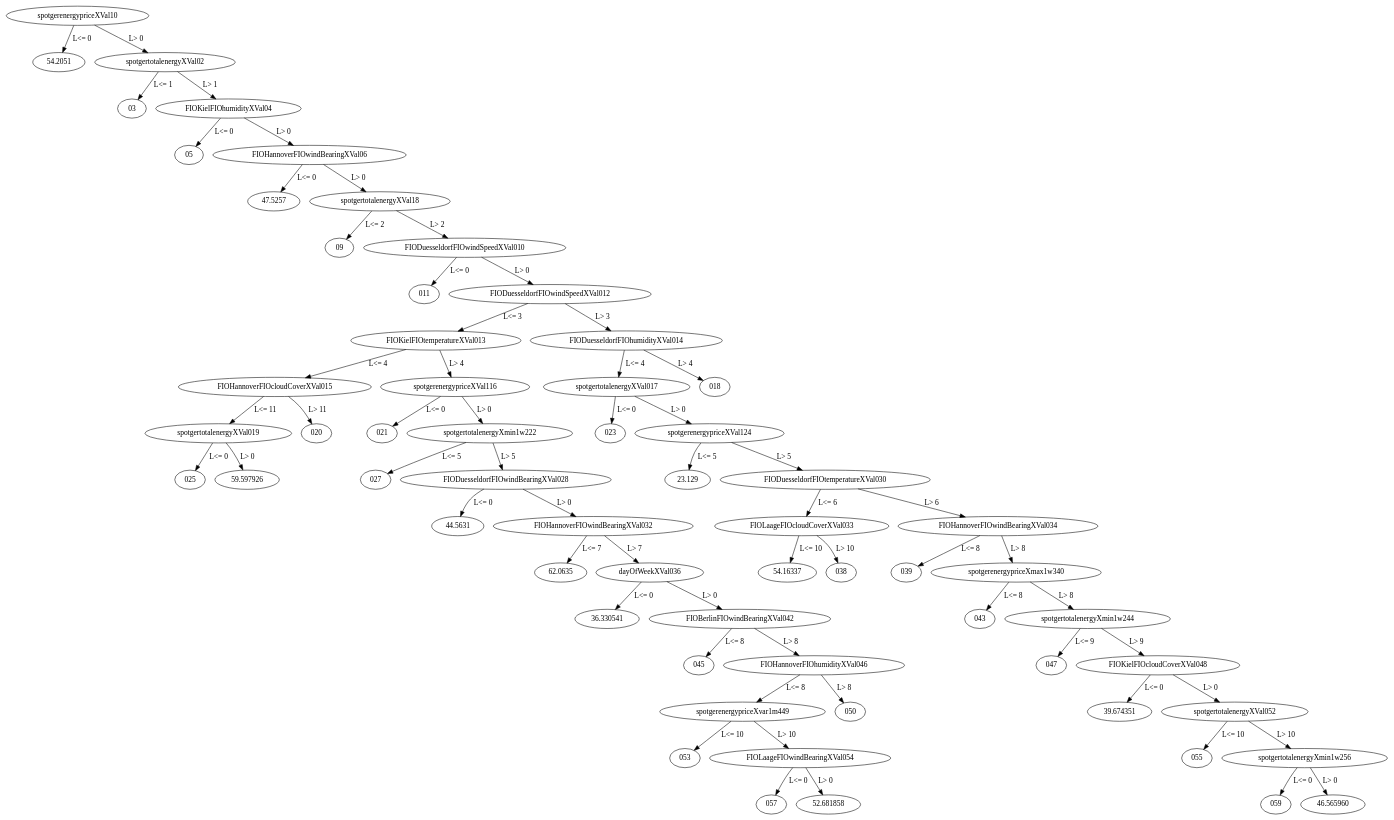
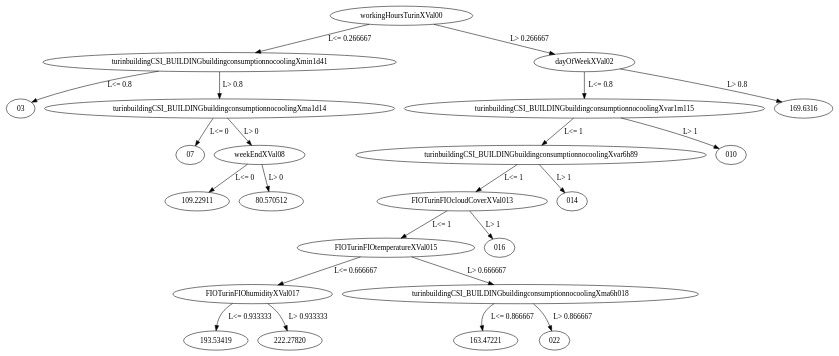
One commit to klemenkenda/nrg4mine changed the diagram in sandbox/ht-13.gv. Above: the diagram before and after it, drawn with Graphviz. The commit also changed 33 other files, not shown here.

```diff
--- a/sandbox/ht-13.gv
+++ b/sandbox/ht-13.gv
@@ -1,62 +1,24 @@
 digraph dt_fig {
-	spotgerenergypriceXVal10 -> "54.2051" [label="L<= 0"];
-	spotgerenergypriceXVal10 -> spotgertotalenergyXVal02 [label="L> 0"];
-	spotgertotalenergyXVal02 -> "03" [label="L<= 1"];
-	spotgertotalenergyXVal02 -> FIOKielFIOhumidityXVal04 [label="L> 1"];
-	FIOKielFIOhumidityXVal04 -> "05" [label="L<= 0"];
-	FIOKielFIOhumidityXVal04 -> FIOHannoverFIOwindBearingXVal06 [label="L> 0"];
-	FIOHannoverFIOwindBearingXVal06 -> "47.5257" [label="L<= 0"];
-	FIOHannoverFIOwindBearingXVal06 -> spotgertotalenergyXVal18 [label="L> 0"];
-	spotgertotalenergyXVal18 -> "09" [label="L<= 2"];
-	spotgertotalenergyXVal18 -> FIODuesseldorfFIOwindSpeedXVal010 [label="L> 2"];
-	FIODuesseldorfFIOwindSpeedXVal010 -> "011" [label="L<= 0"];
-	FIODuesseldorfFIOwindSpeedXVal010 -> FIODuesseldorfFIOwindSpeedXVal012 [label="L> 0"];
-	FIODuesseldorfFIOwindSpeedXVal012 -> FIOKielFIOtemperatureXVal013 [label="L<= 3"];
-	FIODuesseldorfFIOwindSpeedXVal012 -> FIODuesseldorfFIOhumidityXVal014 [label="L> 3"];
-	FIOKielFIOtemperatureXVal013 -> FIOHannoverFIOcloudCoverXVal015 [label="L<= 4"];
-	FIOKielFIOtemperatureXVal013 -> spotgerenergypriceXVal116 [label="L> 4"];
-	FIODuesseldorfFIOhumidityXVal014 -> spotgertotalenergyXVal017 [label="L<= 4"];
-	FIODuesseldorfFIOhumidityXVal014 -> "018" [label="L> 4"];
-	FIOHannoverFIOcloudCoverXVal015 -> spotgertotalenergyXVal019 [label="L<= 11"];
-	FIOHannoverFIOcloudCoverXVal015 -> "020" [label="L> 11"];
-	spotgerenergypriceXVal116 -> "021" [label="L<= 0"];
-	spotgerenergypriceXVal116 -> spotgertotalenergyXmin1w222 [label="L> 0"];
-	spotgertotalenergyXVal017 -> "023" [label="L<= 0"];
-	spotgertotalenergyXVal017 -> spotgerenergypriceXVal124 [label="L> 0"];
-	spotgertotalenergyXVal019 -> "025" [label="L<= 0"];
-	spotgertotalenergyXVal019 -> "59.597926" [label="L> 0"];
-	spotgertotalenergyXmin1w222 -> "027" [label="L<= 5"];
-	spotgertotalenergyXmin1w222 -> FIODuesseldorfFIOwindBearingXVal028 [label="L> 5"];
-	spotgerenergypriceXVal124 -> "23.129" [label="L<= 5"];
-	spotgerenergypriceXVal124 -> FIODuesseldorfFIOtemperatureXVal030 [label="L> 5"];
-	FIODuesseldorfFIOwindBearingXVal028 -> "44.5631" [label="L<= 0"];
-	FIODuesseldorfFIOwindBearingXVal028 -> FIOHannoverFIOwindBearingXVal032 [label="L> 0"];
-	FIODuesseldorfFIOtemperatureXVal030 -> FIOLaageFIOcloudCoverXVal033 [label="L<= 6"];
-	FIODuesseldorfFIOtemperatureXVal030 -> FIOHannoverFIOwindBearingXVal034 [label="L> 6"];
-	FIOHannoverFIOwindBearingXVal032 -> "62.0635" [label="L<= 7"];
-	FIOHannoverFIOwindBearingXVal032 -> dayOfWeekXVal036 [label="L> 7"];
-	FIOLaageFIOcloudCoverXVal033 -> "54.16337" [label="L<= 10"];
-	FIOLaageFIOcloudCoverXVal033 -> "038" [label="L> 10"];
-	FIOHannoverFIOwindBearingXVal034 -> "039" [label="L<= 8"];
-	FIOHannoverFIOwindBearingXVal034 -> spotgerenergypriceXmax1w340 [label="L> 8"];
-	dayOfWeekXVal036 -> "36.330541" [label="L<= 0"];
-	dayOfWeekXVal036 -> FIOBerlinFIOwindBearingXVal042 [label="L> 0"];
-	spotgerenergypriceXmax1w340 -> "043" [label="L<= 8"];
-	spotgerenergypriceXmax1w340 -> spotgertotalenergyXmin1w244 [label="L> 8"];
-	FIOBerlinFIOwindBearingXVal042 -> "045" [label="L<= 8"];
-	FIOBerlinFIOwindBearingXVal042 -> FIOHannoverFIOhumidityXVal046 [label="L> 8"];
-	spotgertotalenergyXmin1w244 -> "047" [label="L<= 9"];
-	spotgertotalenergyXmin1w244 -> FIOKielFIOcloudCoverXVal048 [label="L> 9"];
-	FIOHannoverFIOhumidityXVal046 -> spotgerenergypriceXvar1m449 [label="L<= 8"];
-	FIOHannoverFIOhumidityXVal046 -> "050" [label="L> 8"];
-	FIOKielFIOcloudCoverXVal048 -> "39.674351" [label="L<= 0"];
-	FIOKielFIOcloudCoverXVal048 -> spotgertotalenergyXVal052 [label="L> 0"];
-	spotgerenergypriceXvar1m449 -> "053" [label="L<= 10"];
-	spotgerenergypriceXvar1m449 -> FIOLaageFIOwindBearingXVal054 [label="L> 10"];
-	spotgertotalenergyXVal052 -> "055" [label="L<= 10"];
-	spotgertotalenergyXVal052 -> spotgertotalenergyXmin1w256 [label="L> 10"];
-	FIOLaageFIOwindBearingXVal054 -> "057" [label="L<= 0"];
-	FIOLaageFIOwindBearingXVal054 -> "52.681858" [label="L> 0"];
-	spotgertotalenergyXmin1w256 -> "059" [label="L<= 0"];
-	spotgertotalenergyXmin1w256 -> "46.565960" [label="L> 0"];
+	workingHoursTurinXVal00 -> turinbuildingCSI_BUILDINGbuildingconsumptionnocoolingXmin1d41 [label="L<= 0.266667"];
+	workingHoursTurinXVal00 -> dayOfWeekXVal02 [label="L> 0.266667"];
+	turinbuildingCSI_BUILDINGbuildingconsumptionnocoolingXmin1d41 -> "03" [label="L<= 0.8"];
+	turinbuildingCSI_BUILDINGbuildingconsumptionnocoolingXmin1d41 -> turinbuildingCSI_BUILDINGbuildingconsumptionnocoolingXma1d14 [label="L> 0.8"];
+	dayOfWeekXVal02 -> turinbuildingCSI_BUILDINGbuildingconsumptionnocoolingXvar1m115 [label="L<= 0.8"];
+	dayOfWeekXVal02 -> "169.6316" [label="L> 0.8"];
+	turinbuildingCSI_BUILDINGbuildingconsumptionnocoolingXma1d14 -> "07" [label="L<= 0"];
+	turinbuildingCSI_BUILDINGbuildingconsumptionnocoolingXma1d14 -> weekEndXVal08 [label="L> 0"];
+	turinbuildingCSI_BUILDINGbuildingconsumptionnocoolingXvar1m115 -> turinbuildingCSI_BUILDINGbuildingconsumptionnocoolingXvar6h89 [label="L<= 1"];
+	turinbuildingCSI_BUILDINGbuildingconsumptionnocoolingXvar1m115 -> "010" [label="L> 1"];
+	weekEndXVal08 -> "109.22911" [label="L<= 0"];
+	weekEndXVal08 -> "80.570512" [label="L> 0"];
+	turinbuildingCSI_BUILDINGbuildingconsumptionnocoolingXvar6h89 -> FIOTurinFIOcloudCoverXVal013 [label="L<= 1"];
+	turinbuildingCSI_BUILDINGbuildingconsumptionnocoolingXvar6h89 -> "014" [label="L> 1"];
+	FIOTurinFIOcloudCoverXVal013 -> FIOTurinFIOtemperatureXVal015 [label="L<= 1"];
+	FIOTurinFIOcloudCoverXVal013 -> "016" [label="L> 1"];
+	FIOTurinFIOtemperatureXVal015 -> FIOTurinFIOhumidityXVal017 [label="L<= 0.666667"];
+	FIOTurinFIOtemperatureXVal015 -> turinbuildingCSI_BUILDINGbuildingconsumptionnocoolingXma6h018 [label="L> 0.666667"];
+	FIOTurinFIOhumidityXVal017 -> "193.53419" [label="L<= 0.933333"];
+	FIOTurinFIOhumidityXVal017 -> "222.27820" [label="L> 0.933333"];
+	turinbuildingCSI_BUILDINGbuildingconsumptionnocoolingXma6h018 -> "163.47221" [label="L<= 0.866667"];
+	turinbuildingCSI_BUILDINGbuildingconsumptionnocoolingXma6h018 -> "022" [label="L> 0.866667"];
 }
```
